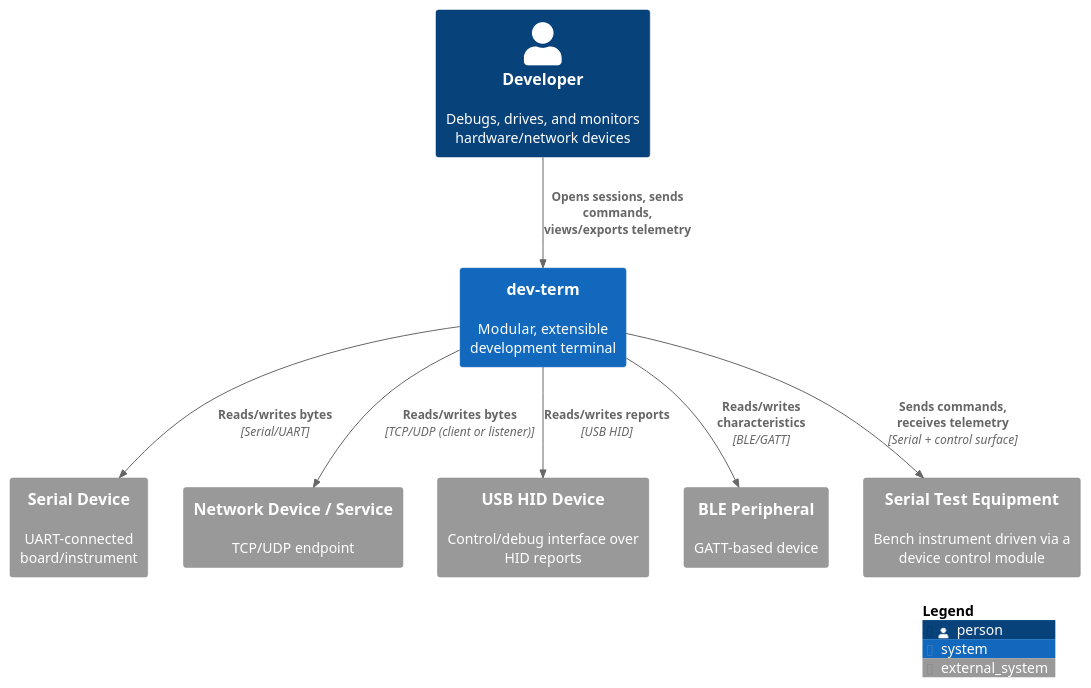
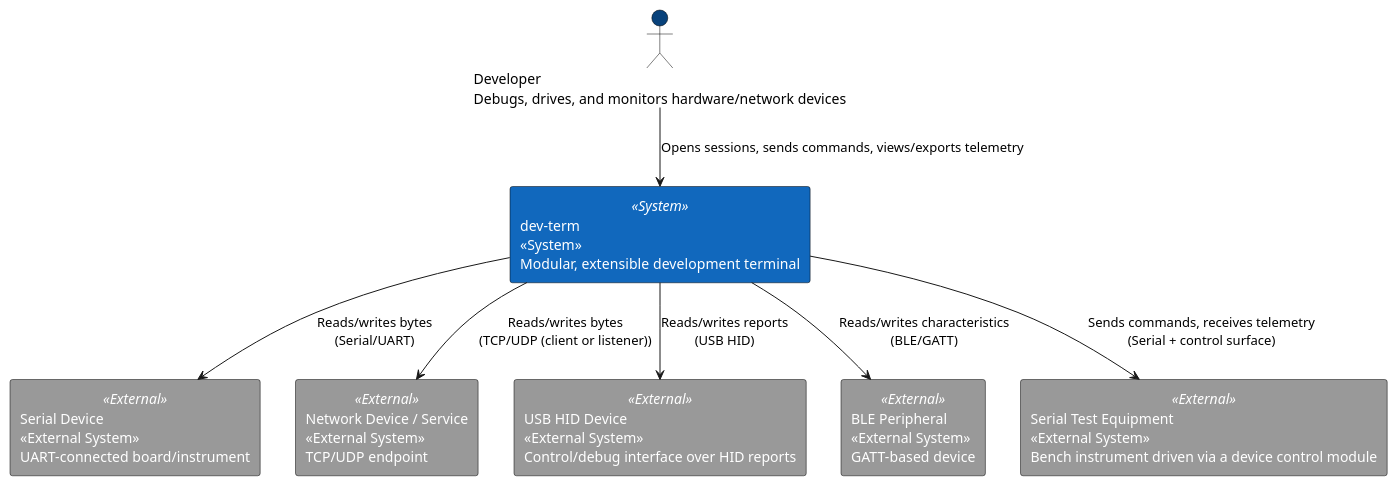
One commit to OutOfBandDevelopment/dotex changed the first of 3 diagrams in docs/applications/devterm/design/architecture.md. Above: the diagram before and after it, drawn with PlantUML. The commit also changed other lines of this file and 79 other files, not shown here.

First line of the commit message:
Convert ASCII-art diagrams to PlantUML and add the Docs.Tests ASCII check

````diff
--- a/docs/applications/devterm/design/architecture.md
+++ b/docs/applications/devterm/design/architecture.md
@@ -67,24 +67,32 @@
 ```plantuml
 @startuml
-!include https://raw.githubusercontent.com/plantuml-stdlib/C4-PlantUML/master/C4_Context.puml
+skinparam rectangle {
+    BackgroundColor<<System>> #1168BD
+    FontColor<<System>> #FFFFFF
+    BackgroundColor<<External>> #999999
+    FontColor<<External>> #FFFFFF
+    BorderColor Black
+}
+skinparam actor {
+    BackgroundColor #08427B
+    BorderColor Black
+}
 
-Person(developer, "Developer", "Debugs, drives, and monitors hardware/network devices")
+actor "Developer\nDebugs, drives, and monitors hardware/network devices" as developer
 
-System(devterm, "dev-term", "Modular, extensible development terminal")
+rectangle "dev-term\n<<System>>\nModular, extensible development terminal" as devterm <<System>>
 
-System_Ext(serialDevice, "Serial Device", "UART-connected board/instrument")
-System_Ext(networkDevice, "Network Device / Service", "TCP/UDP endpoint")
-System_Ext(hidDevice, "USB HID Device", "Control/debug interface over HID reports")
-System_Ext(bleDevice, "BLE Peripheral", "GATT-based device")
-System_Ext(testEquipment, "Serial Test Equipment", "Bench instrument driven via a device control module")
+rectangle "Serial Device\n<<External System>>\nUART-connected board/instrument" as serialDevice <<External>>
+rectangle "Network Device / Service\n<<External System>>\nTCP/UDP endpoint" as networkDevice <<External>>
+rectangle "USB HID Device\n<<External System>>\nControl/debug interface over HID reports" as hidDevice <<External>>
+rectangle "BLE Peripheral\n<<External System>>\nGATT-based device" as bleDevice <<External>>
+rectangle "Serial Test Equipment\n<<External System>>\nBench instrument driven via a device control module" as testEquipment <<External>>
 
-Rel(developer, devterm, "Opens sessions, sends commands, views/exports telemetry")
-Rel(devterm, serialDevice, "Reads/writes bytes", "Serial/UART")
-Rel(devterm, networkDevice, "Reads/writes bytes", "TCP/UDP (client or listener)")
-Rel(devterm, hidDevice, "Reads/writes reports", "USB HID")
-Rel(devterm, bleDevice, "Reads/writes characteristics", "BLE/GATT")
-Rel(devterm, testEquipment, "Sends commands, receives telemetry", "Serial + control surface")
-
-SHOW_LEGEND()
+developer --> devterm : Opens sessions, sends commands, views/exports telemetry
+devterm --> serialDevice : Reads/writes bytes\n(Serial/UART)
+devterm --> networkDevice : Reads/writes bytes\n(TCP/UDP (client or listener))
+devterm --> hidDevice : Reads/writes reports\n(USB HID)
+devterm --> bleDevice : Reads/writes characteristics\n(BLE/GATT)
+devterm --> testEquipment : Sends commands, receives telemetry\n(Serial + control surface)
 @enduml
 ```
````
